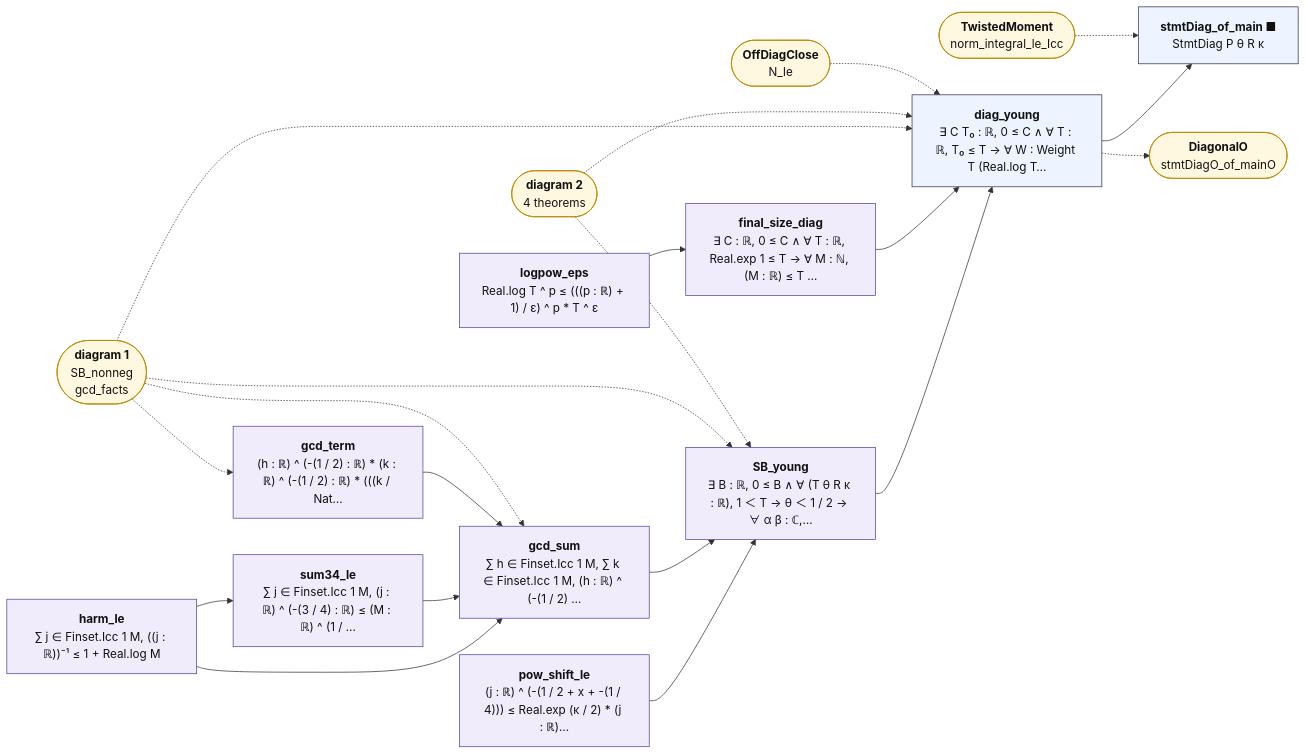
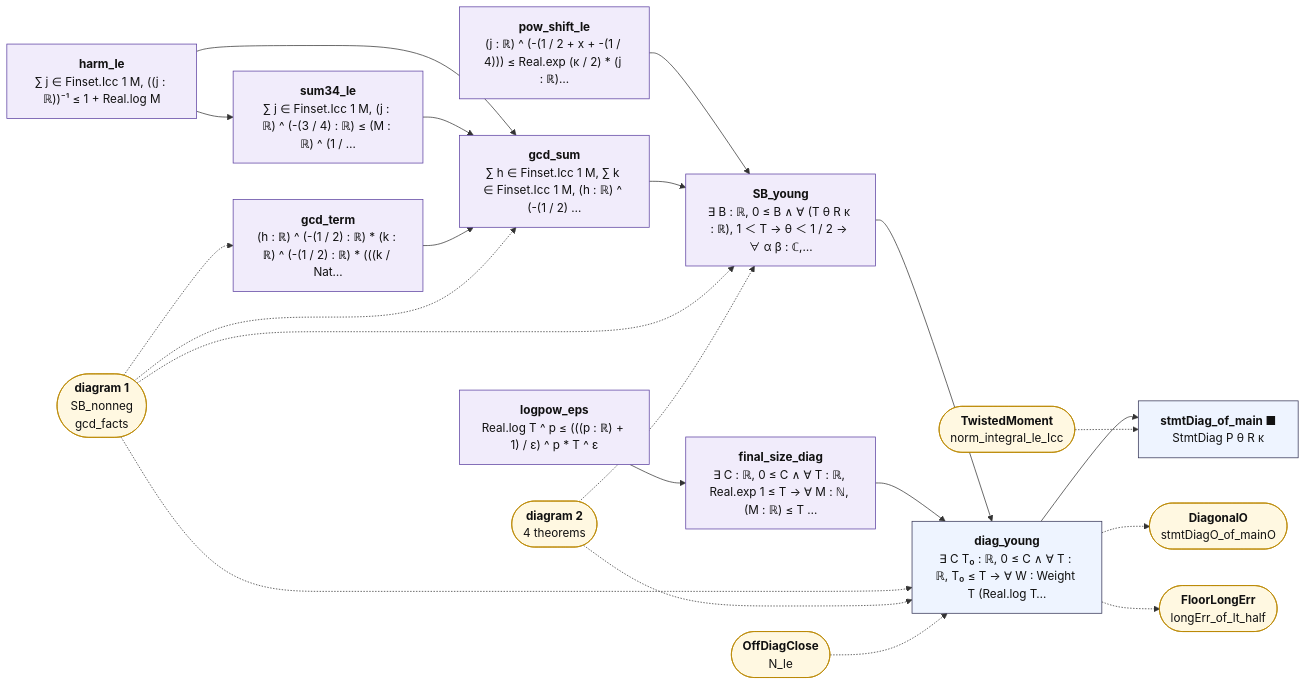
The third of 3 diagrams in map/lean_stage3/Diagonal.md (juliansambranojr/Primebeat_081426), drawn with Mermaid before and after one commit. The commit also changed other lines of this file and 64 other files, not shown here.

````diff
--- a/map/lean_stage3/Diagonal.md
+++ b/map/lean_stage3/Diagonal.md
@@ -254,45 +254,47 @@
 ```mermaid
 flowchart LR
   n0["<b>pow_shift_le</b><br/>(j : ℝ) ^ (-(1 / 2 + x + -(1 / 4))) ≤ Real.exp (κ / 2) * (j : ℝ)…"]:::shp
   n1["<b>harm_le</b><br/>∑ j ∈ Finset.Icc 1 M, ((j : ℝ))⁻¹ ≤ 1 + Real.log M"]:::shp
   n2["<b>sum34_le</b><br/>∑ j ∈ Finset.Icc 1 M, (j : ℝ) ^ (-(3 / 4) : ℝ) ≤ (M : ℝ) ^ (1 / …"]:::shp
   n3["<b>gcd_term</b><br/>(h : ℝ) ^ (-(1 / 2) : ℝ) * (k : ℝ) ^ (-(1 / 2) : ℝ) * (((k / Nat…"]:::shp
   n4["<b>gcd_sum</b><br/>∑ h ∈ Finset.Icc 1 M, ∑ k ∈ Finset.Icc 1 M, (h : ℝ) ^ (-(1 / 2) …"]:::shp
   n5["<b>SB_young</b><br/>∃ B : ℝ, 0 ≤ B ∧ ∀ (T θ R κ : ℝ), 1 ＜ T → θ ＜ 1 / 2 → ∀ α β : ℂ,…"]:::shp
   n6["<b>logpow_eps</b><br/>Real.log T ^ p ≤ (((p : ℝ) + 1) / ε) ^ p * T ^ ε"]:::shp
   n7["<b>final_size_diag</b><br/>∃ C : ℝ, 0 ≤ C ∧ ∀ T : ℝ, Real.exp 1 ≤ T → ∀ M : ℕ, (M : ℝ) ≤ T …"]:::shp
   n8["<b>diag_young</b><br/>∃ C T₀ : ℝ, 0 ≤ C ∧ ∀ T : ℝ, T₀ ≤ T → ∀ W : Weight T (Real.log T…"]:::thm
   n9["<b>stmtDiag_of_main ■</b><br/>StmtDiag P θ R κ"]:::thm
   x0(["<b>diagram 1</b><br/>SB_nonneg<br/>gcd_facts"]):::ext
   x1(["<b>diagram 2</b><br/>4 theorems"]):::ext
   x2(["<b>OffDiagClose</b><br/>N_le"]):::ext
   x3(["<b>DiagonalO</b><br/>stmtDiagO_of_mainO"]):::ext
-  x4(["<b>TwistedMoment</b><br/>norm_integral_le_Icc"]):::ext
+  x4(["<b>FloorLongErr</b><br/>longErr_of_lt_half"]):::ext
+  x5(["<b>TwistedMoment</b><br/>norm_integral_le_Icc"]):::ext
   n0 --> n5
   n1 --> n2
   n1 --> n4
   n2 --> n4
   n3 --> n4
   n4 --> n5
   n5 --> n8
   n6 --> n7
   n7 --> n8
   n8 --> n9
   n8 -.-> x3
+  n8 -.-> x4
   x0 -.-> n3
   x0 -.-> n4
   x0 -.-> n5
   x0 -.-> n8
   x1 -.-> n5
   x1 -.-> n8
   x2 -.-> n8
-  x4 -.-> n9
+  x5 -.-> n9
   classDef cnt fill:#dff5ec,stroke:#17694a,color:#111
   classDef shp fill:#f1ecfb,stroke:#5b3fa0,color:#111
   classDef rh fill:#ffe5e5,stroke:#c22,color:#111,stroke-width:2px
   classDef thm fill:#eef4ff,stroke:#335,color:#111
   classDef end_ fill:#e7f7e7,stroke:#2a7,color:#111,stroke-width:2px
   classDef lone fill:#fff,stroke:#999,color:#111,stroke-dasharray:4 3
   classDef bad fill:#ffe5e5,stroke:#c22,color:#111,stroke-width:2px
   classDef ext fill:#fff8e1,stroke:#b80,color:#111
 ```
````
